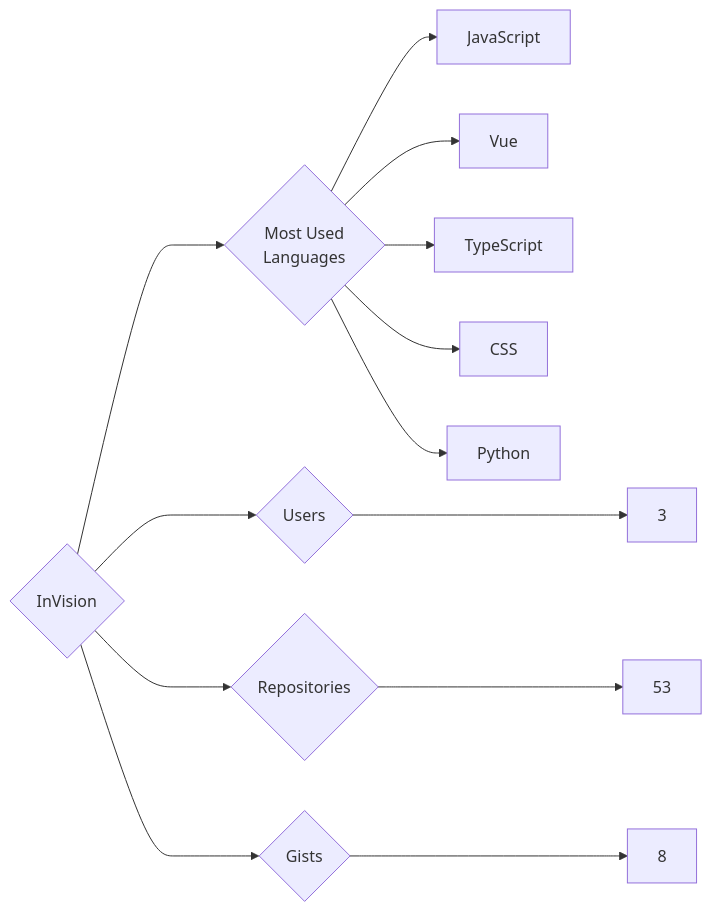
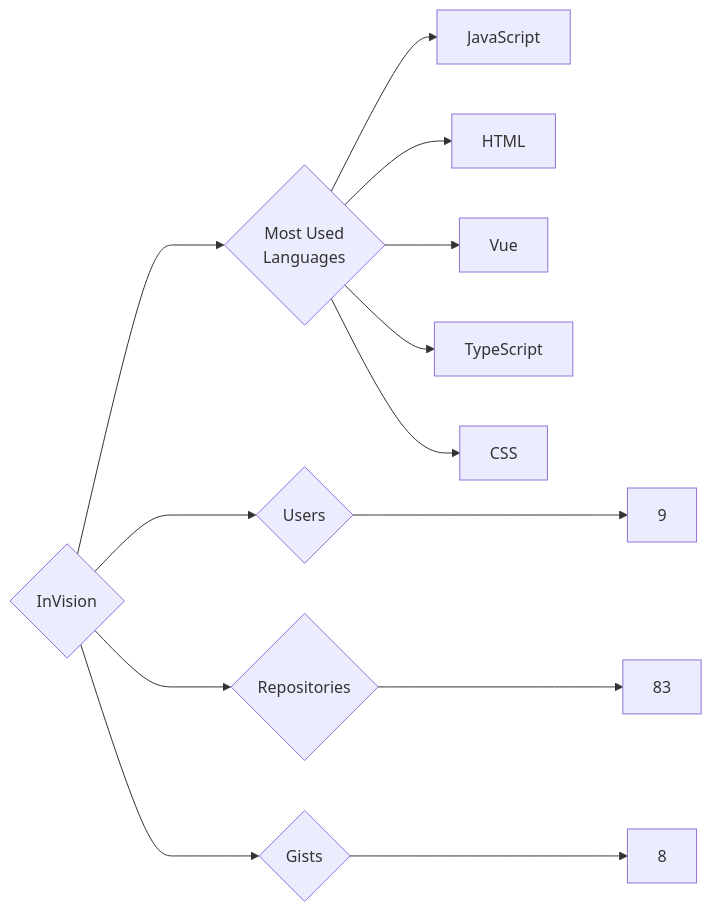
The diagram in targets/InVision/README.md (trickest/insiders), drawn with Mermaid before and after one commit. The commit also changed 545 other files, not shown here.

````diff
--- a/targets/InVision/README.md
+++ b/targets/InVision/README.md
@@ -3,13 +3,13 @@
 ```mermaid
 graph LR
 COMPANY_NAME{InVision}
-COMPANY_NAME ---> U{Users} ---> UN[3]
-COMPANY_NAME ---> R{Repositories} ---> RN[53]
+COMPANY_NAME ---> U{Users} ---> UN[9]
+COMPANY_NAME ---> R{Repositories} ---> RN[83]
 COMPANY_NAME ---> G{Gists} ---> GN[8]
 COMPANY_NAME ---> ML{Most Used<br>Languages}
 ML --> JavaScript[JavaScript]
+ML --> HTML[HTML]
 ML --> Vue[Vue]
 ML --> TypeScript[TypeScript]
 ML --> CSS[CSS]
-ML --> Python[Python]
 ```
````
